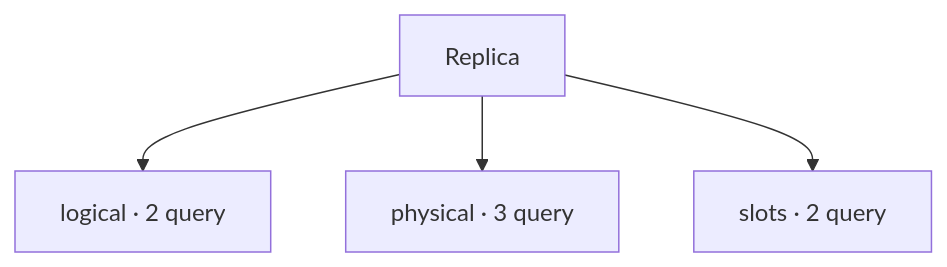
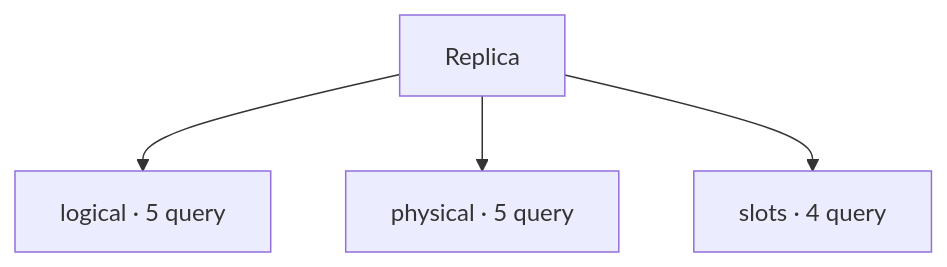
Before and after one commit to Mohamed-DN/PG-DN_scripts: the diagram in scripts/replication/README.md, drawn with Mermaid. The commit also changed other lines of this file and 533 other files, not shown here.

````diff
--- a/scripts/replication/README.md
+++ b/scripts/replication/README.md
@@ -11,7 +35,7 @@
 ```mermaid
 flowchart TD
     root["Replica"]
-    root --> c0["logical · 2 query"]
-    root --> c1["physical · 3 query"]
-    root --> c2["slots · 2 query"]
+    root --> c0["logical · 5 query"]
+    root --> c1["physical · 5 query"]
+    root --> c2["slots · 4 query"]
 ```
````
